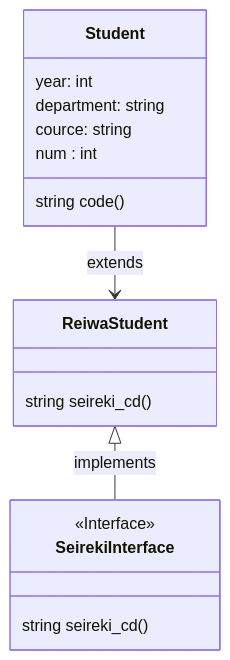
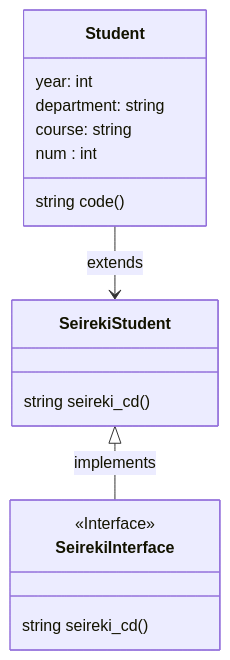
One commit to satoshi256kbyte/python-designpattern changed the second of 2 diagrams in document/1-adpater/adpater.md. Above: the diagram before and after it, drawn with Mermaid. The commit also changed other lines of this file and 3 other files, not shown here.

````diff
--- a/document/1-adpater/adpater.md
+++ b/document/1-adpater/adpater.md
@@ -13,20 +13,20 @@
 ```mermaid
 classDiagram
-    Student --> ReiwaStudent : extends
-    ReiwaStudent <|-- SeirekiInterface : implements
-    ReiwaStudent
+    Student --> SeirekiStudent : extends
+    SeirekiStudent <|-- SeirekiInterface : implements
+    SeirekiStudent
     class Student{
         year: int
         department: string
-        cource: string               
+        course: string               
         num : int
         string code()
     }
-    class ReiwaStudent{
+    class SeirekiStudent{
         string seireki_cd()
     }
     class SeirekiInterface {
         <<Interface>>
         string seireki_cd()
     }
 ```
````
